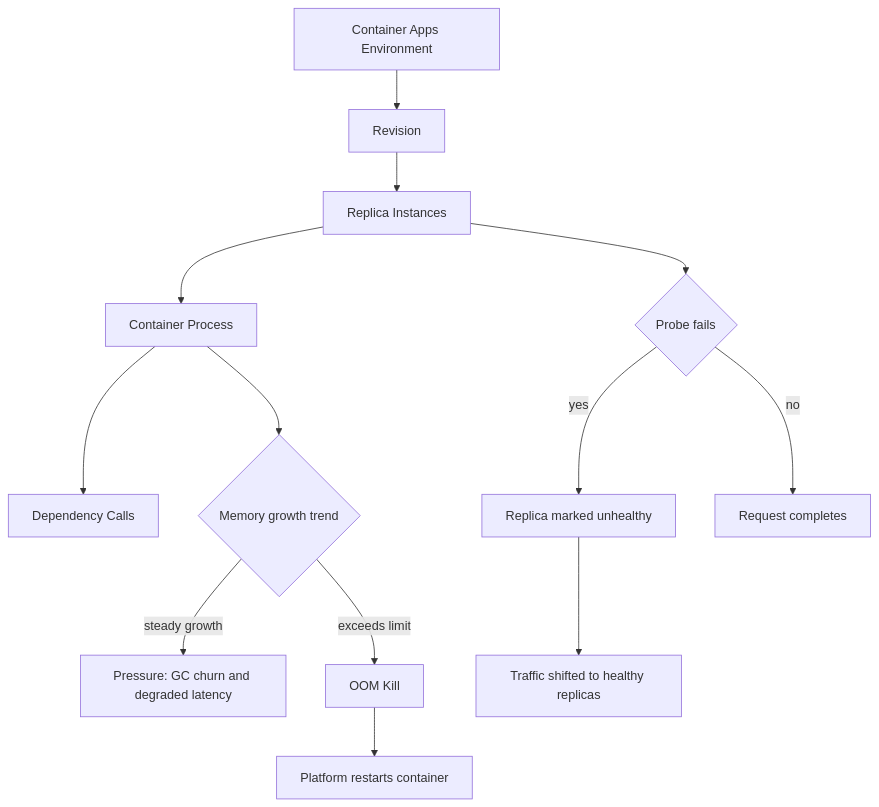
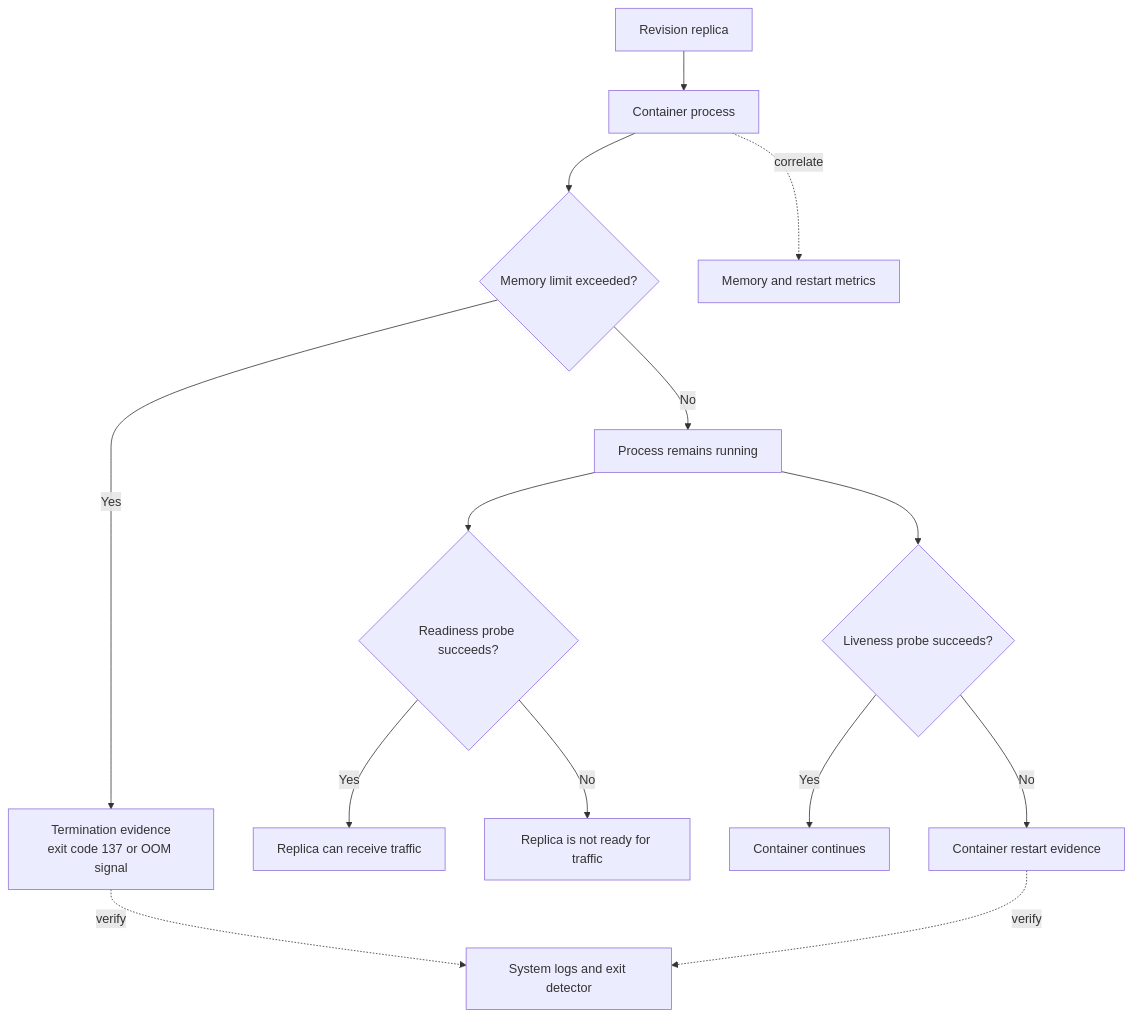
The second of 5 diagrams in docs/troubleshooting/architecture-overview.md (yeongseon/azure-container-apps-practical-guide), drawn with Mermaid before and after one commit. The commit also changed other lines of this file and 13 other files, not shown here.

Commit message:
docs(diagrams): migrate the Container Apps troubleshooting overview diagrams (#616)

````diff
--- a/docs/troubleshooting/architecture-overview.md
+++ b/docs/troubleshooting/architecture-overview.md
@@ -116,18 +129,30 @@
 ```mermaid
 flowchart TD
-    A[Container Apps Environment] --> B[Revision]
-    B --> C[Replica Instances]
-    C --> D[Container Process]
-    D --> E[Dependency Calls]
+    REPLICA[Revision replica]
+    PROCESS[Container process]
+    MEMORY{Memory limit exceeded?}
+    EXIT137[Termination evidence<br/>exit code 137 or OOM signal]
+    RUNNING[Process remains running]
+    READY{Readiness probe succeeds?}
+    ROUTE[Replica can receive traffic]
+    UNREADY[Replica is not ready for traffic]
+    LIVE{Liveness probe succeeds?}
+    CONTINUE[Container continues]
+    RESTART[Container restart evidence]
+    SYSLOG[System logs and exit detector]
+    METRICS[Memory and restart metrics]
 
-    D --> F{Memory growth trend}
-    F -->|steady growth| G[Pressure: GC churn and degraded latency]
-    F -->|exceeds limit| H[OOM Kill]
-
-    C --> I{Probe fails}
-    I -->|yes| J[Replica marked unhealthy]
-    I -->|no| K[Request completes]
-
-    H --> L[Platform restarts container]
-    J --> M[Traffic shifted to healthy replicas]
+    REPLICA --> PROCESS
+    PROCESS --> MEMORY
+    MEMORY -->|Yes| EXIT137
+    MEMORY -->|No| RUNNING
+    RUNNING --> READY
+    READY -->|Yes| ROUTE
+    READY -->|No| UNREADY
+    RUNNING --> LIVE
+    LIVE -->|Yes| CONTINUE
+    LIVE -->|No| RESTART
+    EXIT137 -. verify .-> SYSLOG
+    RESTART -. verify .-> SYSLOG
+    PROCESS -. correlate .-> METRICS
 ```
````
